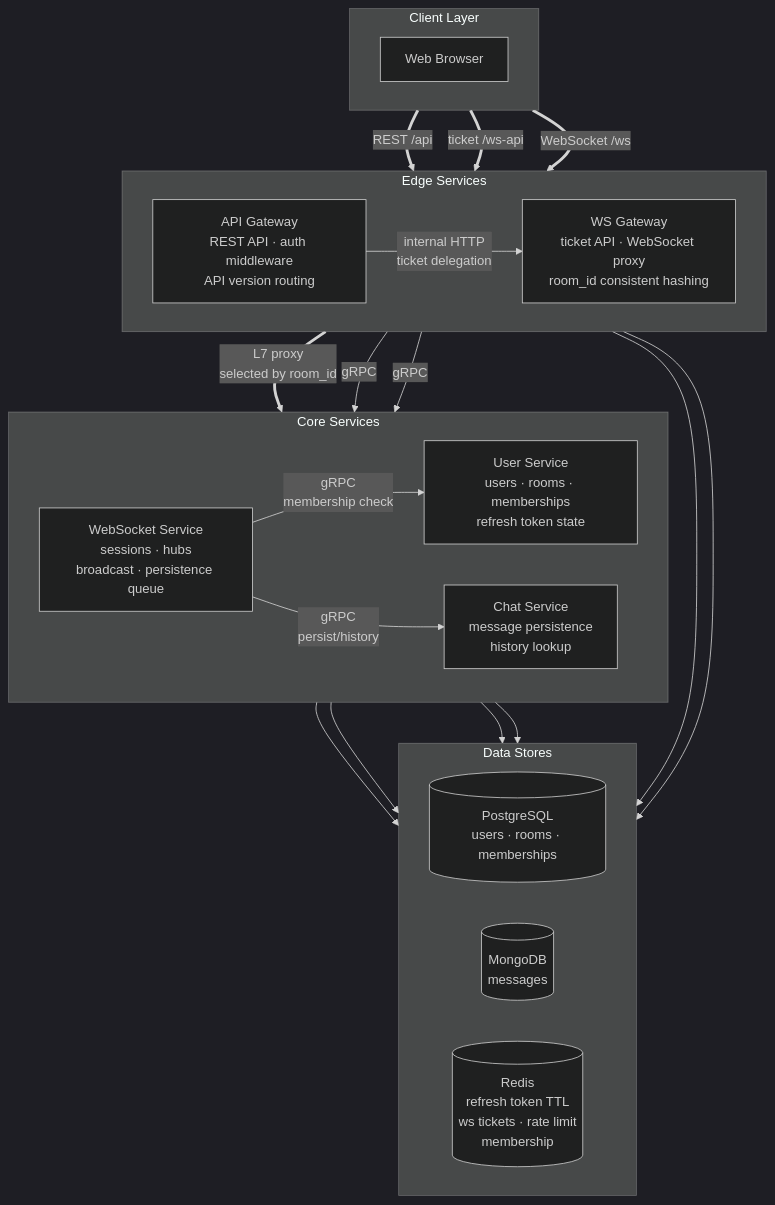
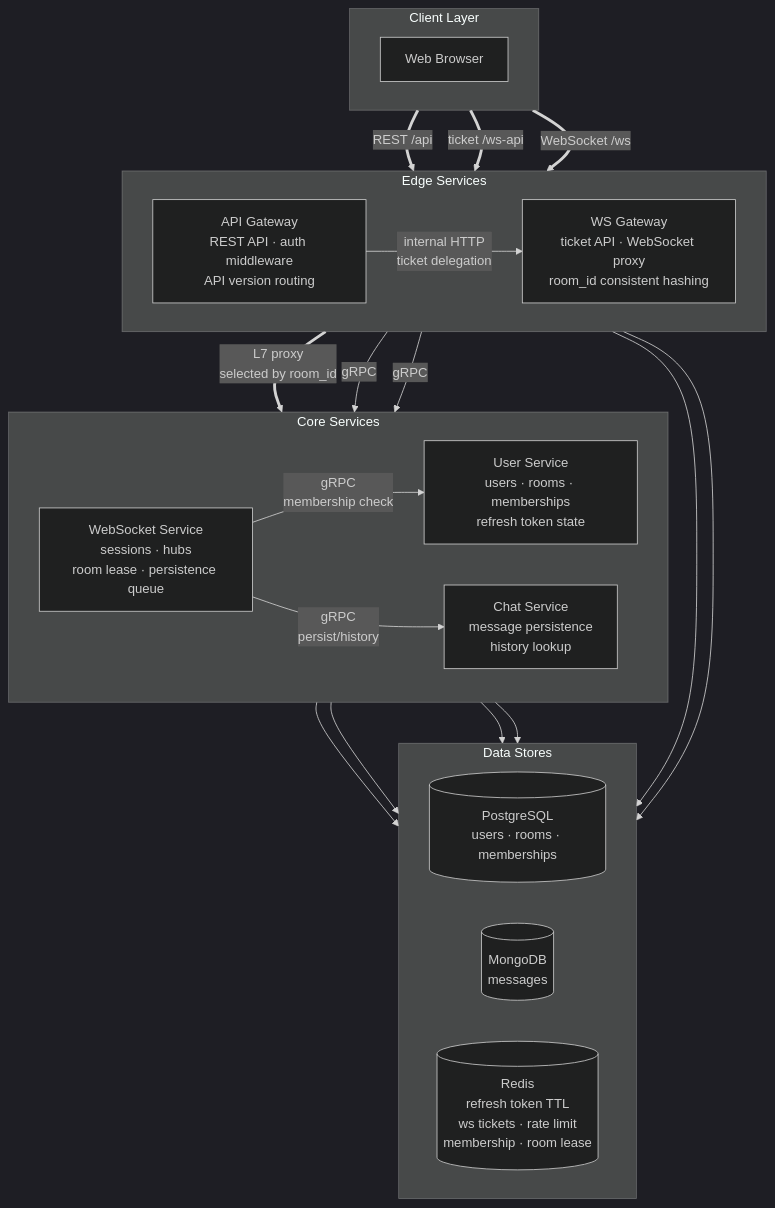
Before and after one commit to happyhun/go-chat-msa: the diagram in docs/diagrams/flow-msa.mmd, drawn with Mermaid (dark theme). The commit also changed 11 other files, not shown here.

```diff
--- a/docs/diagrams/flow-msa.mmd
+++ b/docs/diagrams/flow-msa.mmd
@@ -1,44 +1,44 @@
 flowchart TB
     subgraph ClientLayer ["Client Layer"]
         direction LR
         Browser["Web Browser"]
     end
 
     subgraph Edge ["Edge Services"]
         direction LR
         AGW["API Gateway<br/>REST API · auth middleware<br/>API version routing"]
         WSGW["WS Gateway<br/>ticket API · WebSocket proxy<br/>room_id consistent hashing"]
     end
 
     subgraph Core ["Core Services"]
         direction LR
         UserSvc["User Service<br/>users · rooms · memberships<br/>refresh token state"]
         ChatSvc["Chat Service<br/>message persistence<br/>history lookup"]
-        WSSvc["WebSocket Service<br/>sessions · hubs<br/>broadcast · persistence queue"]
+        WSSvc["WebSocket Service<br/>sessions · hubs<br/>room lease · persistence queue"]
     end
 
     subgraph Data ["Data Stores"]
         direction LR
         PG[("PostgreSQL<br/>users · rooms · memberships")]
         MG[("MongoDB<br/>messages")]
-        RD[("Redis<br/>refresh token TTL<br/>ws tickets · rate limit<br/>membership")]
+        RD[("Redis<br/>refresh token TTL<br/>ws tickets · rate limit<br/>membership · room lease")]
     end
 
     Browser == "REST /api" ==> AGW
     Browser == "ticket /ws-api" ==> WSGW
     Browser == "WebSocket /ws" ==> WSGW
 
     AGW -- "internal HTTP<br/>ticket delegation" --> WSGW
     WSGW == "L7 proxy<br/>selected by room_id" ==> WSSvc
 
     AGW -- "gRPC" --> UserSvc
     AGW -- "gRPC" --> ChatSvc
     WSSvc -- "gRPC<br/>membership check" --> UserSvc
     WSSvc -- "gRPC<br/>persist/history" --> ChatSvc
 
     UserSvc --> PG
     UserSvc --> RD
     ChatSvc --> MG
     AGW --> RD
     WSGW --> RD
     WSSvc --> RD
```
